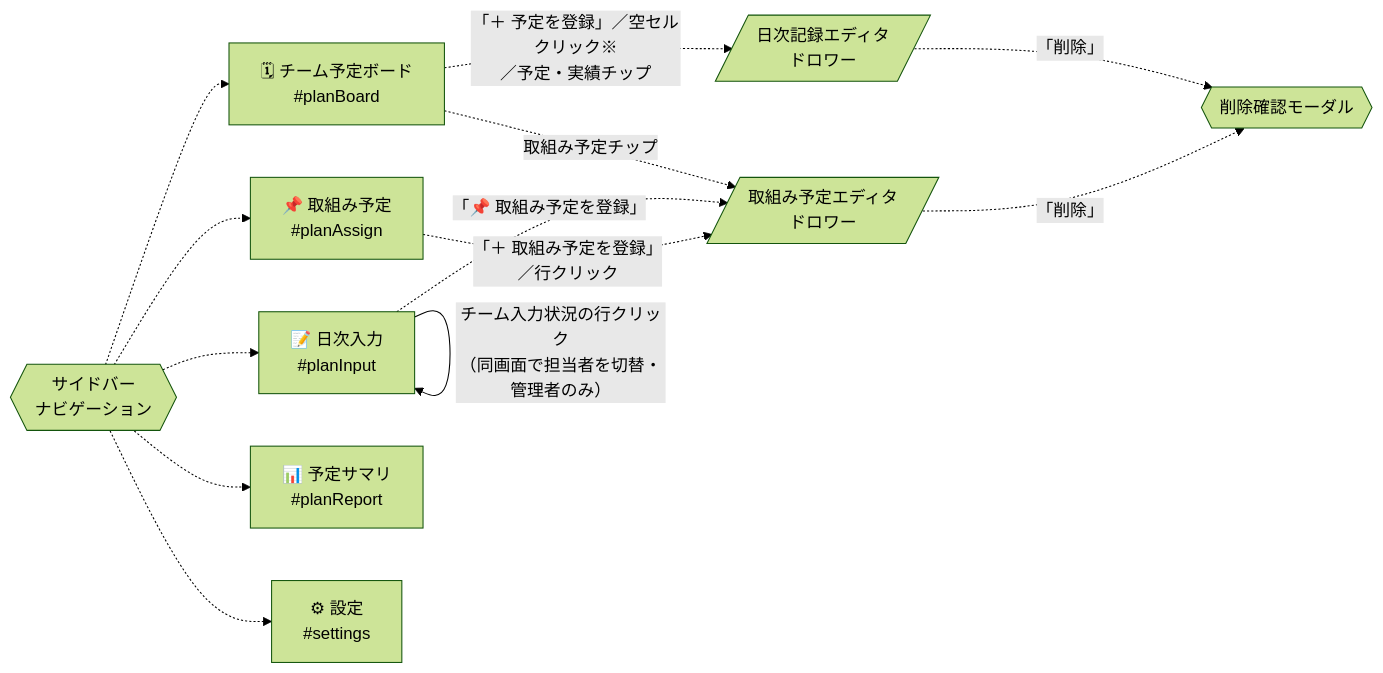
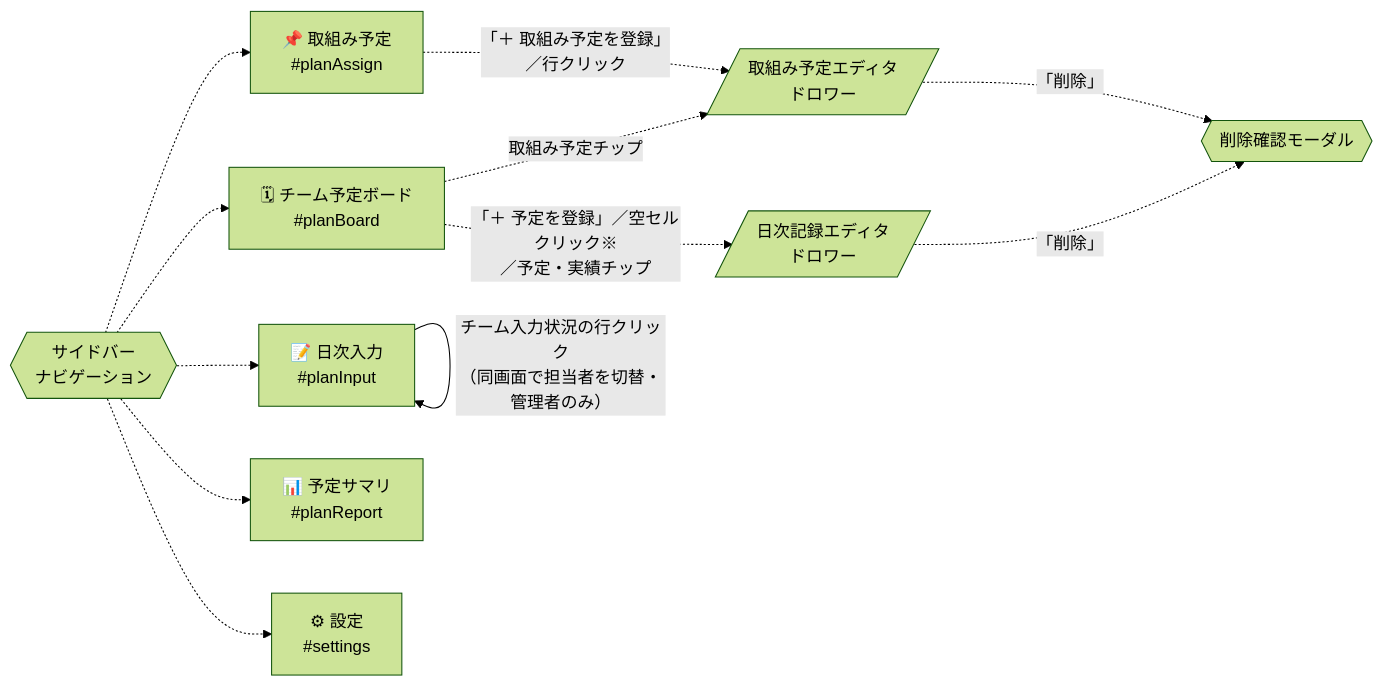
One commit to okSJ28/management-tool changed the fourth of 7 diagrams in docs/画面遷移図.md. Above: the diagram before and after it, drawn with Mermaid (forest theme). The commit also changed other lines of this file and 10 other files, not shown here.

````diff
--- a/docs/画面遷移図.md
+++ b/docs/画面遷移図.md
@@ -169,28 +169,27 @@
 ```mermaid
 flowchart LR
     ASSIGN["📌 取組み予定<br/>#planAssign"]
     INPUT["📝 日次入力<br/>#planInput"]
     BOARD["🗓 チーム予定ボード<br/>#planBoard"]
     REPORT["📊 予定サマリ<br/>#planReport"]
     SET["⚙ 設定<br/>#settings"]
 
     AEDIT[/"取組み予定エディタ<br/>ドロワー"/]
     PEDIT[/"日次記録エディタ<br/>ドロワー"/]
     CONFIRM{{"削除確認モーダル"}}
 
     ASSIGN -.->|"「＋ 取組み予定を登録」<br/>／行クリック"| AEDIT
-    INPUT -.->|"「📌 取組み予定を登録」"| AEDIT
     BOARD -.->|"「＋ 予定を登録」／空セルクリック※<br/>／予定・実績チップ"| PEDIT
     BOARD -.->|"取組み予定チップ"| AEDIT
     AEDIT -.->|"「削除」"| CONFIRM
     PEDIT -.->|"「削除」"| CONFIRM
 
     INPUT -->|"チーム入力状況の行クリック<br/>（同画面で担当者を切替・管理者のみ）"| INPUT
 
     NAV{{"サイドバー<br/>ナビゲーション"}}
     NAV -.-> ASSIGN
     NAV -.-> INPUT
     NAV -.-> BOARD
     NAV -.-> REPORT
     NAV -.-> SET
 ```
````
